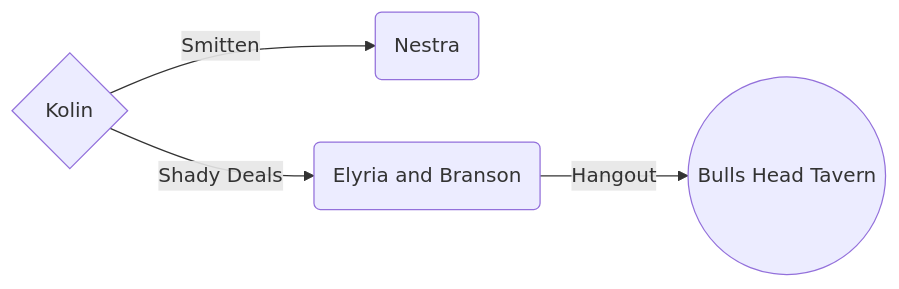
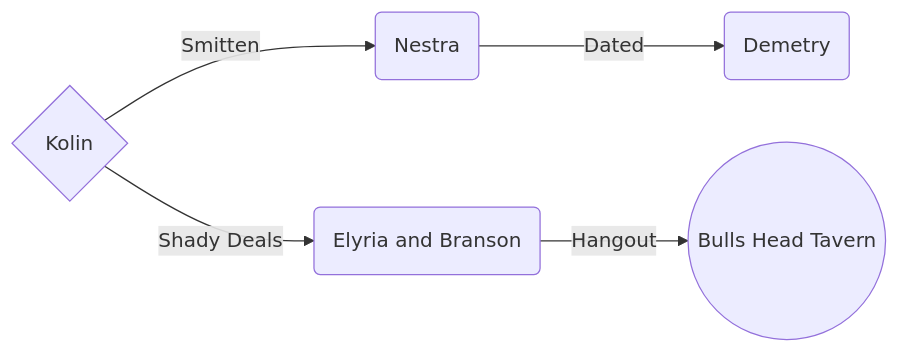
One commit to DiscoverTec/anExperiment changed the seventh of 7 diagrams in markdown/places/sharn.md. Above: the diagram before and after it, drawn with Mermaid.

Commit message:
Added Demetry relation to Nestra

````diff
--- a/markdown/places/sharn.md
+++ b/markdown/places/sharn.md
@@ -81,7 +81,8 @@
 ```mermaid
 flowchart LR;
     kotlin{Kolin} --> |Smitten| nestra(Nestra);
     kotlin --> |Shady Deals| elyria(Elyria and Branson);
     elyria --> |Hangout| tavern((Bulls Head Tavern));
+    nestra --> |Dated| demetry(Demetry)
     click kotlin "/characters/kotlin";
 ```
````
